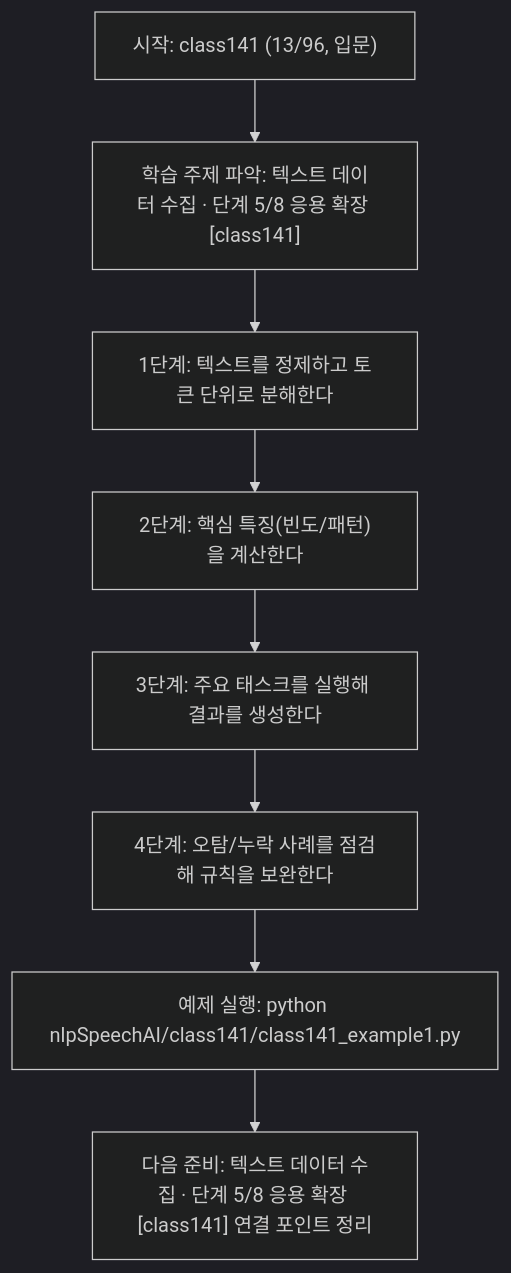
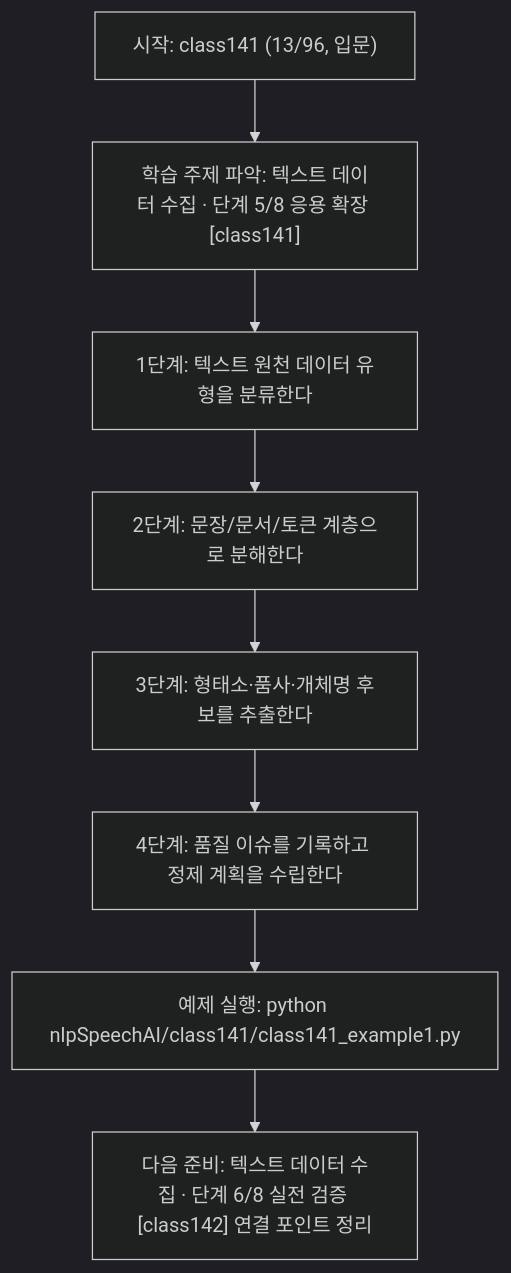
One commit to edumgt/Python-AI_Agent-Class changed the diagram in nlpSpeechAI/class141/class141.md. Above: the diagram before and after it, drawn with Mermaid (dark theme). The commit also changed other lines of this file and 1122 other files, not shown here.

````diff
--- a/nlpSpeechAI/class141/class141.md
+++ b/nlpSpeechAI/class141/class141.md
@@ -114,18 +95,18 @@
 ```mermaid
 flowchart TD
 N1["시작: class141 (13/96, 입문)"]
 N2["학습 주제 파악: 텍스트 데이터 수집 · 단계 5/8 응용 확장 [class141]"]
-N3["1단계: 텍스트를 정제하고 토큰 단위로 분해한다"]
-N4["2단계: 핵심 특징(빈도/패턴)을 계산한다"]
-N5["3단계: 주요 태스크를 실행해 결과를 생성한다"]
-N6["4단계: 오탐/누락 사례를 점검해 규칙을 보완한다"]
+N3["1단계: 텍스트 원천 데이터 유형을 분류한다"]
+N4["2단계: 문장/문서/토큰 계층으로 분해한다"]
+N5["3단계: 형태소·품사·개체명 후보를 추출한다"]
+N6["4단계: 품질 이슈를 기록하고 정제 계획을 수립한다"]
 N7["예제 실행: python nlpSpeechAI/class141/class141_example1.py"]
-N8["다음 준비: 텍스트 데이터 수집 · 단계 5/8 응용 확장 [class141] 연결 포인트 정리"]
+N8["다음 준비: 텍스트 데이터 수집 · 단계 6/8 실전 검증 [class142] 연결 포인트 정리"]
 N1 --> N2
 N2 --> N3
 N3 --> N4
 N4 --> N5
 N5 --> N6
 N6 --> N7
 N7 --> N8
 ```
````
